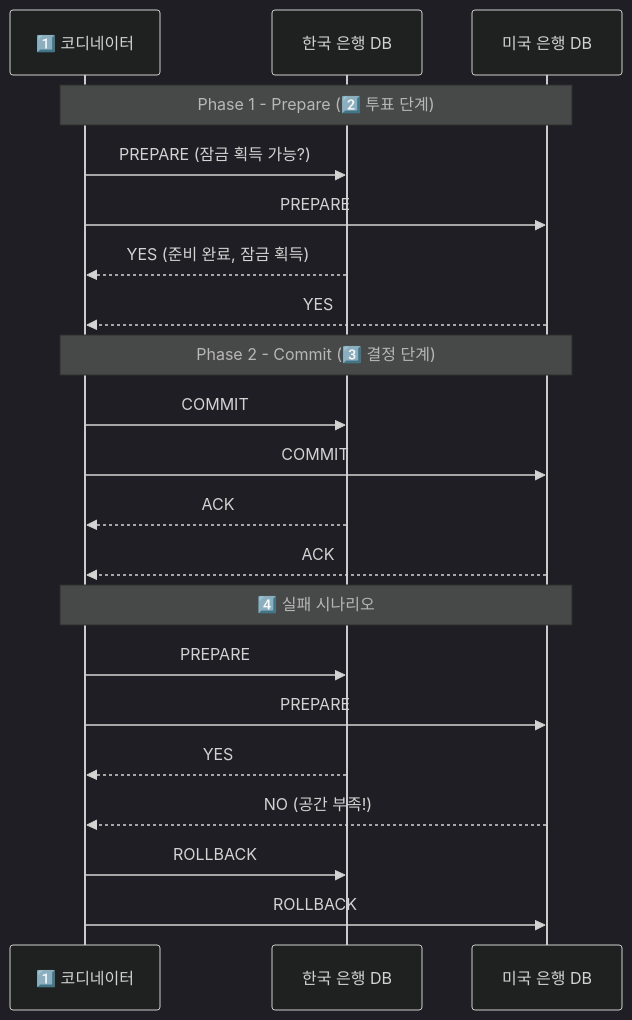
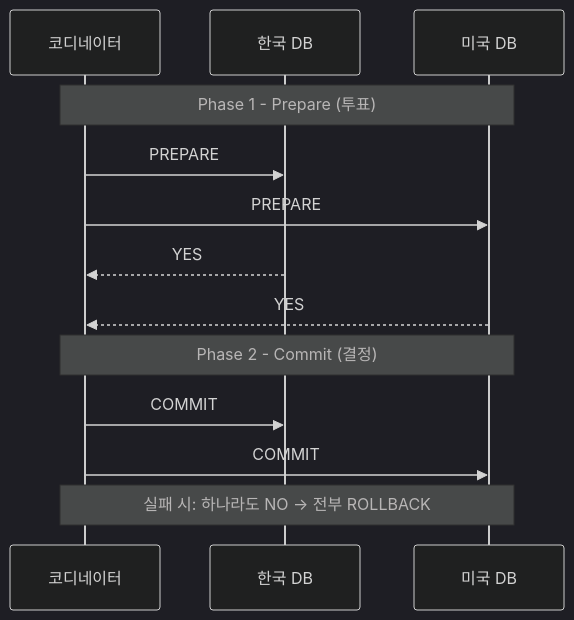
Before and after one commit to yjkim2015/yjkim2015.github.io: the second of 14 diagrams in _posts/architecture/2026-05-02-distributed-transaction-deep.md, drawn with Mermaid (dark theme). The commit also changed other lines of this file and 215 other files, not shown here.

First line of the commit message:
신규 포스트 10개 추가 + Mermaid 전면 축소 + SystemDesign 시리즈 보강

````diff
--- a/_posts/architecture/2026-05-02-distributed-transaction-deep.md
+++ b/_posts/architecture/2026-05-02-distributed-transaction-deep.md
@@ -50,26 +40,15 @@
 ```mermaid
 sequenceDiagram
-    participant Coord as 1️⃣ 코디네이터
-    participant DB_A as 한국 은행 DB
-    participant DB_B as 미국 은행 DB
-
-    Note over Coord,DB_B: Phase 1 - Prepare (2️⃣ 투표 단계)
-    Coord->>DB_A: PREPARE (잠금 획득 가능?)
-    Coord->>DB_B: PREPARE
-    DB_A-->>Coord: YES (준비 완료, 잠금 획득)
-    DB_B-->>Coord: YES
-
-    Note over Coord,DB_B: Phase 2 - Commit (3️⃣ 결정 단계)
-    Coord->>DB_A: COMMIT
-    Coord->>DB_B: COMMIT
-    DB_A-->>Coord: ACK
-    DB_B-->>Coord: ACK
-
-    Note over Coord,DB_B: 4️⃣ 실패 시나리오
-    Coord->>DB_A: PREPARE
-    Coord->>DB_B: PREPARE
-    DB_A-->>Coord: YES
-    DB_B-->>Coord: NO (공간 부족!)
-    Coord->>DB_A: ROLLBACK
-    Coord->>DB_B: ROLLBACK
+    participant C as 코디네이터
+    participant A as 한국 DB
+    participant B as 미국 DB
+    Note over C,B: Phase 1 - Prepare (투표)
+    C->>A: PREPARE
+    C->>B: PREPARE
+    A-->>C: YES
+    B-->>C: YES
+    Note over C,B: Phase 2 - Commit (결정)
+    C->>A: COMMIT
+    C->>B: COMMIT
+    Note over C,B: 실패 시: 하나라도 NO → 전부 ROLLBACK
 ```
````
